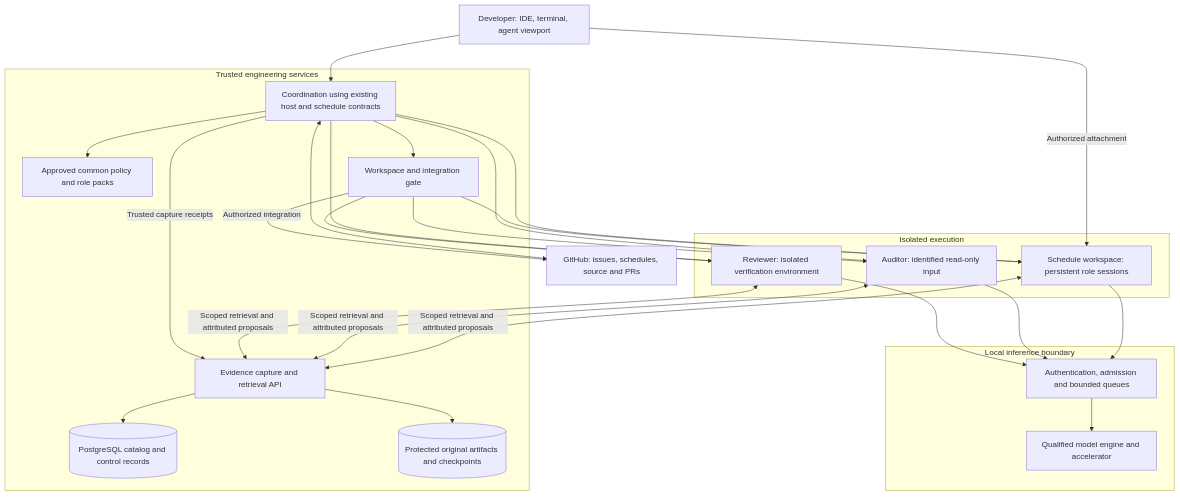
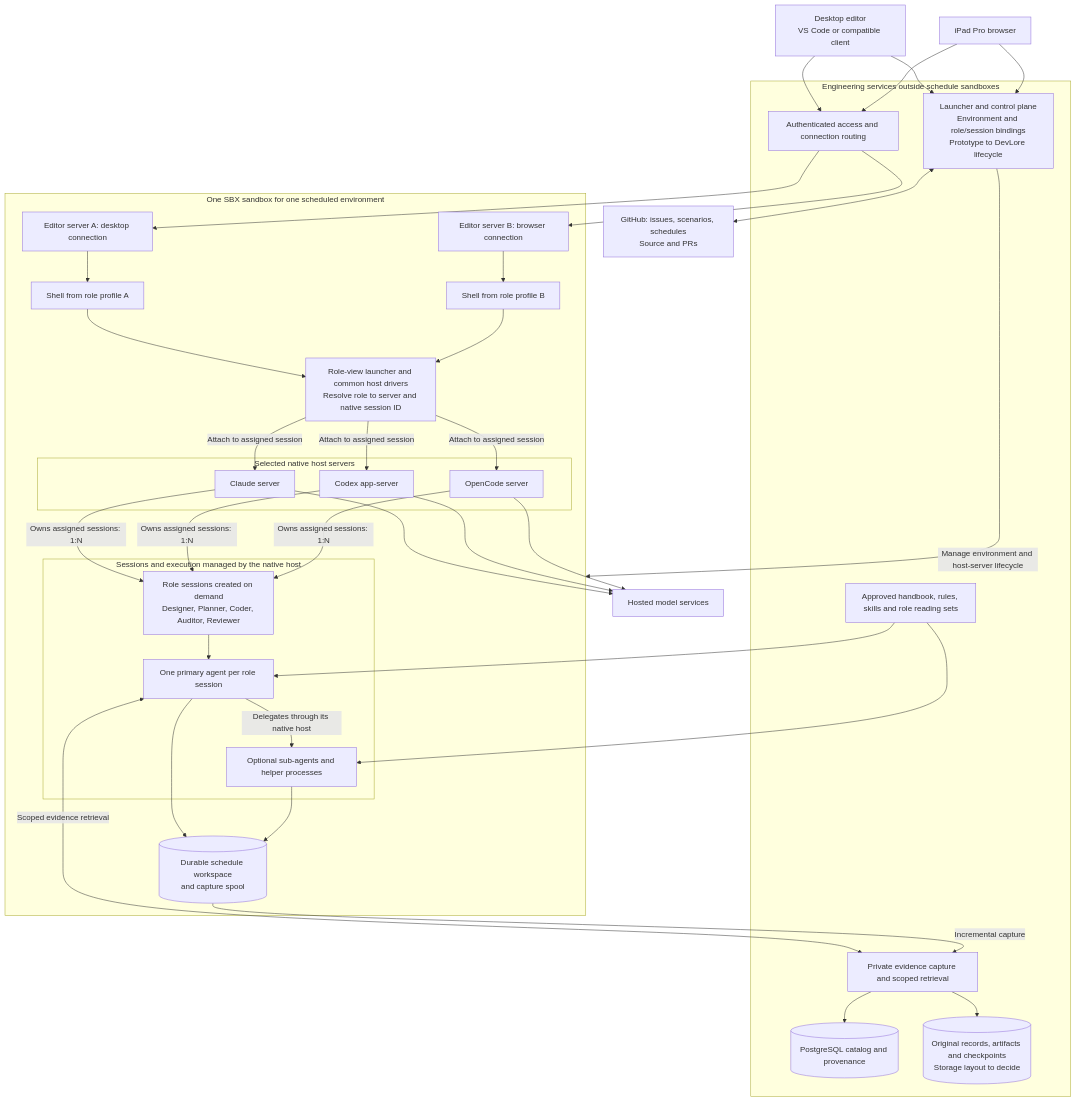
Before and after one commit to NobleFactor/noblefactor-engprod: the first of 7 diagrams in docs/architecture/agentic-developer-workstation.md, drawn with Mermaid. The commit also changed other lines of this file and 2 other files, not shown here.

First line of the commit message:
docs: define hosted-agent workstation architecture and roadmap (#544)

````diff
--- a/docs/architecture/agentic-developer-workstation.md
+++ b/docs/architecture/agentic-developer-workstation.md
@@ -156,40 +255,70 @@
 ```mermaid
 flowchart TB
-    H["Developer: IDE, terminal, agent viewport"]
-    GH["GitHub: issues, schedules, source and PRs"]
-    subgraph CONTROL["Trusted engineering services"]
-        C["Coordination using existing host and schedule contracts"]
-        P["Approved common policy and role packs"]
-        W["Workspace and integration gate"]
-        E["Evidence capture and retrieval API"]
-        DB[("PostgreSQL catalog and control records")]
-        B[("Protected original artifacts and checkpoints")]
+    Mac["Desktop editor<br/>VS Code or compatible client"]
+    Pad["iPad Pro browser"]
+    GitHub["GitHub: issues, scenarios, schedules<br/>Source and PRs"]
+    Models["Hosted model services"]
+
+    subgraph Shared["Engineering services outside schedule sandboxes"]
+        Control["Launcher and control plane<br/>Environment and role/session bindings<br/>Prototype to DevLore lifecycle"]
+        Access["Authenticated access and connection routing"]
+        Policy["Approved handbook, rules, skills and role reading sets"]
+        Evidence["Private evidence capture and scoped retrieval"]
+        Catalog[("PostgreSQL catalog and provenance")]
+        Originals[("Original records, artifacts and checkpoints<br/>Storage layout to decide")]
+        Evidence --> Catalog
+        Evidence --> Originals
     end
-    subgraph EXEC["Isolated execution"]
-        D["Schedule workspace: persistent role sessions"]
-        A["Auditor: identified read-only input"]
-        R["Reviewer: isolated verification environment"]
+
+    subgraph SBX["One SBX sandbox for one scheduled environment"]
+        EditorA["Editor server A: desktop connection"]
+        EditorB["Editor server B: browser connection"]
+        ProfileA["Shell from role profile A"]
+        ProfileB["Shell from role profile B"]
+        Attach["Role-view launcher and common host drivers<br/>Resolve role to server and native session ID"]
+
+        subgraph Servers["Selected native host servers"]
+            Claude["Claude server"]
+            Codex["Codex app-server"]
+            OpenCode["OpenCode server"]
+        end
+
+        subgraph Managed["Sessions and execution managed by the native host"]
+            Roles["Role sessions created on demand<br/>Designer, Planner, Coder, Auditor, Reviewer"]
+            Primary["One primary agent per role session"]
+            Children["Optional sub-agents and helper processes"]
+            Roles --> Primary
+            Primary -->|"Delegates through its native host"| Children
+        end
+
+        Work[("Durable schedule workspace<br/>and capture spool")]
+        EditorA --> ProfileA
+        EditorB --> ProfileB
+        ProfileA --> Attach
+        ProfileB --> Attach
+        Attach -->|"Attach to assigned session"| Claude
+        Attach -->|"Attach to assigned session"| Codex
+        Attach -->|"Attach to assigned session"| OpenCode
+        Claude -->|"Owns assigned sessions: 1:N"| Roles
+        Codex -->|"Owns assigned sessions: 1:N"| Roles
+        OpenCode -->|"Owns assigned sessions: 1:N"| Roles
+        Primary --> Work
+        Children --> Work
     end
-    subgraph INF["Local inference boundary"]
-        Q["Authentication, admission and bounded queues"]
-        M["Qualified model engine and accelerator"]
-    end
-    H --> C
-    H -->|"Authorized attachment"| D
-    C <--> GH
-    C --> P
-    C --> W
-    C --> D
-    C --> A
-    C --> R
-    W --> D
-    W --> A
-    W --> R
-    D & A & R --> Q
-    Q --> M
-    D & A & R <-->|"Scoped retrieval and attributed proposals"| E
-    C -->|"Trusted capture receipts"| E
-    E --> DB
-    E --> B
-    W -->|"Authorized integration"| GH
+
+    Mac --> Control
+    Pad --> Control
+    Mac --> Access
+    Pad --> Access
+    Access --> EditorA
+    Access --> EditorB
+    Control -->|"Manage environment and host-server lifecycle"| SBX
+    Control <--> GitHub
+    Policy --> Primary
+    Policy --> Children
+    Primary <-->|"Scoped evidence retrieval"| Evidence
+    Work -->|"Incremental capture"| Evidence
+    Claude --> Models
+    Codex --> Models
+    OpenCode --> Models
 ```
````
